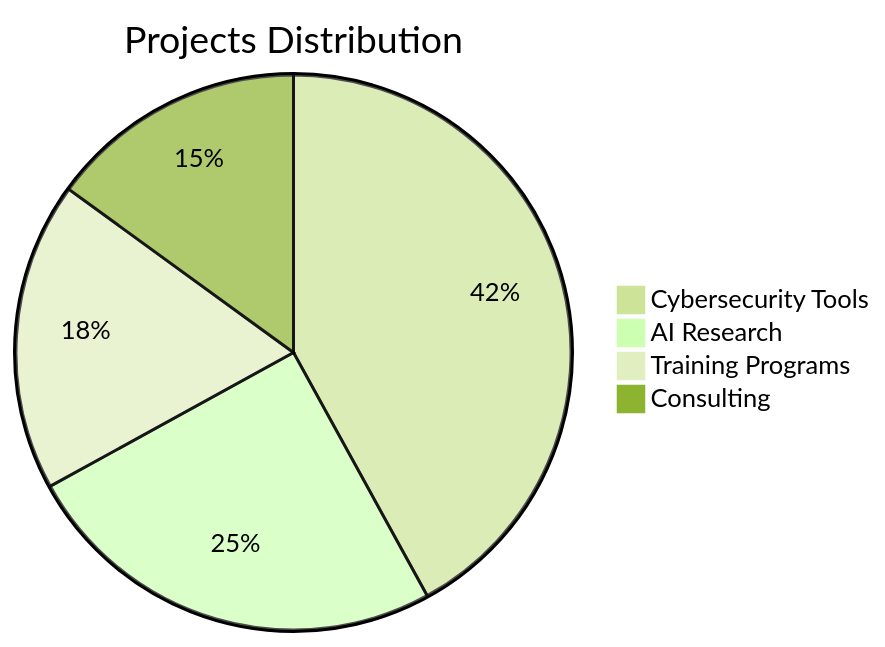
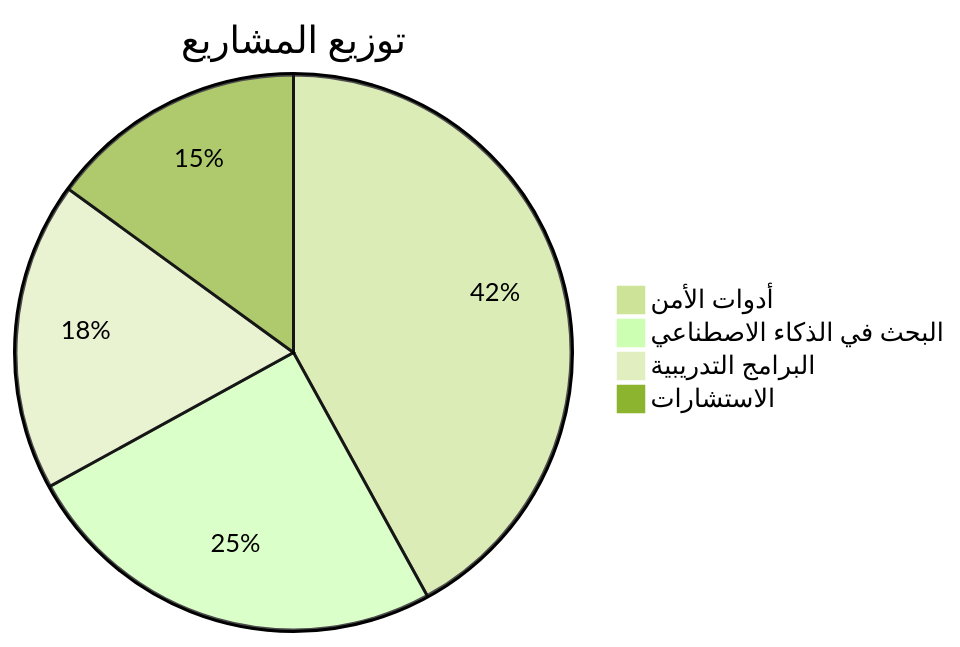
Before and after one commit to blackwolf-git/blackwolf-git: the first of 3 diagrams in README.md, drawn with Mermaid (forest theme). The commit also changed other lines of this file, not shown here.

````diff
--- a/README.md
+++ b/README.md
@@ -38,8 +44,8 @@
 ```mermaid
 pie
-  title Projects Distribution
-  "Cybersecurity Tools" : 42
-  "AI Research" : 25
-  "Training Programs" : 18
-  "Consulting" : 15
+  title توزيع المشاريع
+  "أدوات الأمن" : 42
+  "البحث في الذكاء الاصطناعي" : 25
+  "البرامج التدريبية" : 18
+  "الاستشارات" : 15
 ```
````
